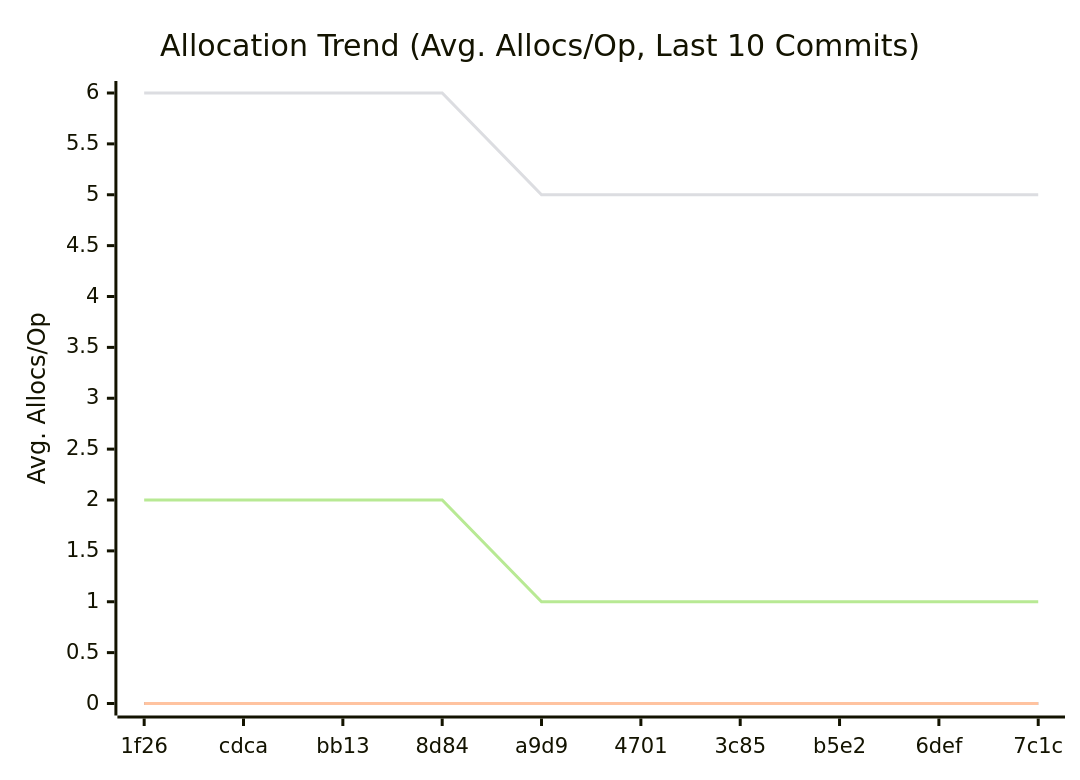
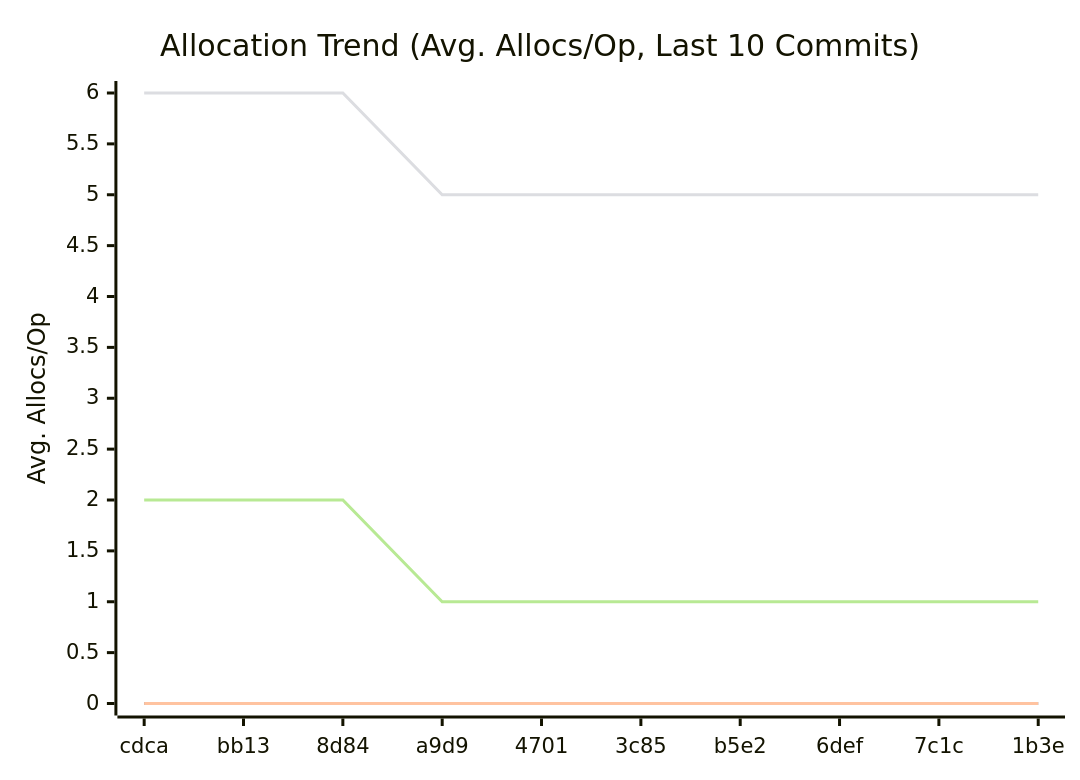
One commit to alsotoes/momo changed the third of 3 diagrams in doc/README.md. Above: the diagram before and after it, drawn with Mermaid. The commit also changed other lines of this file and 1 other file, not shown here.

````diff
--- a/doc/README.md
+++ b/doc/README.md
@@ -316,12 +316,12 @@
 ```mermaid
 xychart-beta
     title "Allocation Trend (Avg. Allocs/Op, Last 10 Commits)"
     x-axis "Commit"
     y-axis "Avg. Allocs/Op"
-    x-axis [1f26,cdca,bb13,8d84,a9d9,4701,3c85,b5e2,6def,7c1c]
+    x-axis [cdca,bb13,8d84,a9d9,4701,3c85,b5e2,6def,7c1c,1b3e]
     line "CheckMetricsAndSwap" [0,0,0,0,0,0,0,0,0,0]
     line "IndexDirectTracking" [0,0,0,0,0,0,0,0,0,0]
     line "IndexSearch" [0,0,0,0,0,0,0,0,0,0]
-    line "ParseReplicationOrder_NoPrealloc" [6,6,6,6,5,5,5,5,5,5]
-    line "ParseReplicationOrder_Prealloc" [2,2,2,2,1,1,1,1,1,1]
+    line "ParseReplicationOrder_NoPrealloc" [6,6,6,5,5,5,5,5,5,5]
+    line "ParseReplicationOrder_Prealloc" [2,2,2,1,1,1,1,1,1,1]
 ```
````
